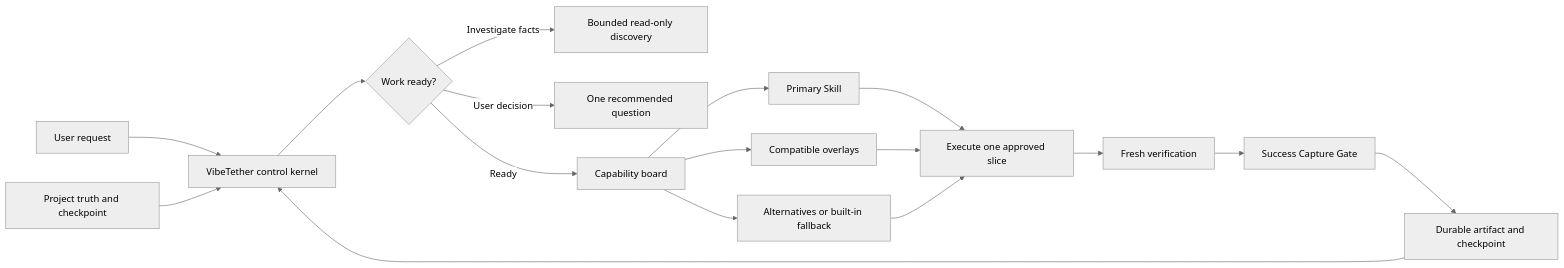
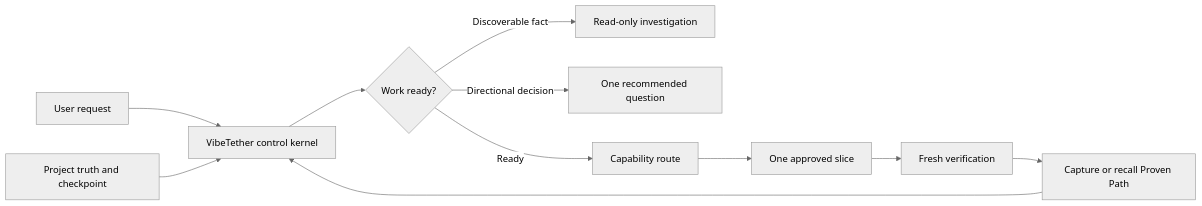
The first of 2 diagrams in README.md (t01089572455/vibetether), drawn with Mermaid (neutral theme) before and after one commit. The commit also changed other lines of this file and 2 other files, not shown here.

````diff
--- a/README.md
+++ b/README.md
@@ -204,19 +29,13 @@
 ```mermaid
 flowchart LR
     U["User request"] --> K["VibeTether control kernel"]
     T["Project truth and checkpoint"] --> K
     K --> W{"Work ready?"}
-    W -->|"Investigate facts"| F["Bounded read-only discovery"]
-    W -->|"User decision"| Q["One recommended question"]
-    W -->|"Ready"| R["Capability board"]
-    R --> P["Primary Skill"]
-    R --> O["Compatible overlays"]
-    R --> A["Alternatives or built-in fallback"]
-    P --> E["Execute one approved slice"]
-    O --> E
-    A --> E
+    W -->|"Discoverable fact"| F["Read-only investigation"]
+    W -->|"Directional decision"| Q["One recommended question"]
+    W -->|"Ready"| R["Capability route"]
+    R --> E["One approved slice"]
     E --> V["Fresh verification"]
-    V --> S["Success Capture Gate"]
-    S --> C["Durable artifact and checkpoint"]
+    V --> C["Capture or recall Proven Path"]
     C --> K
 ```
````
